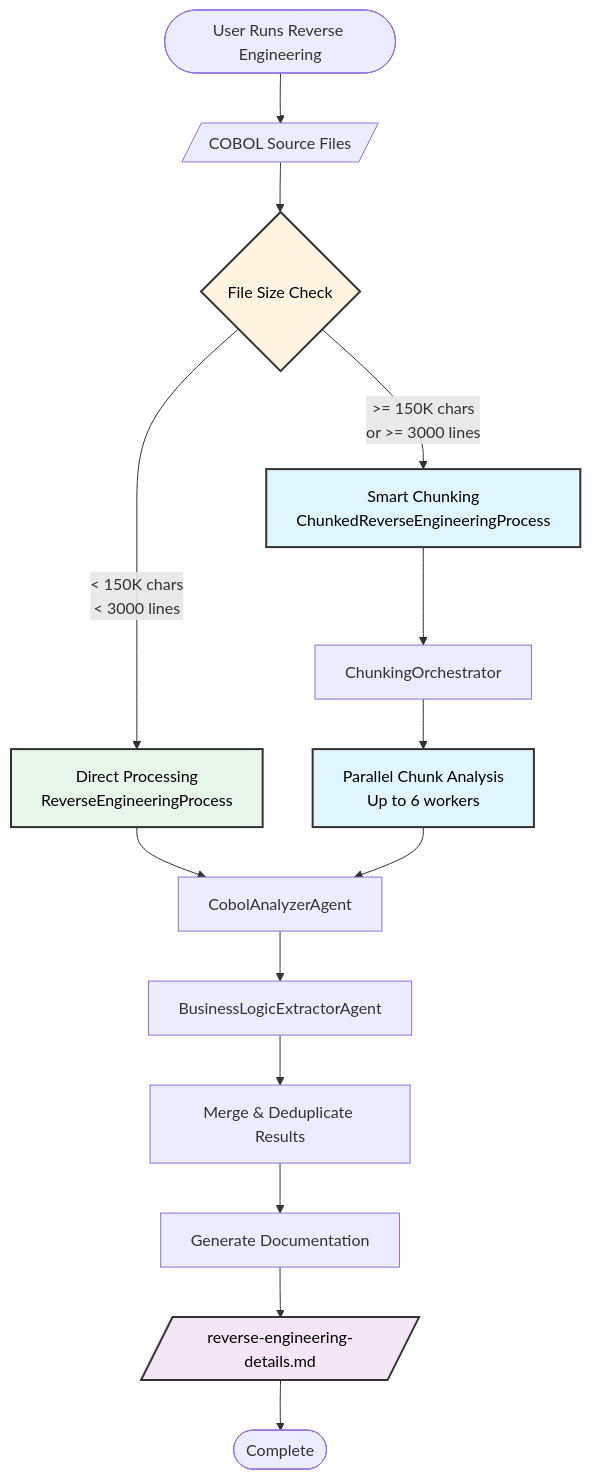
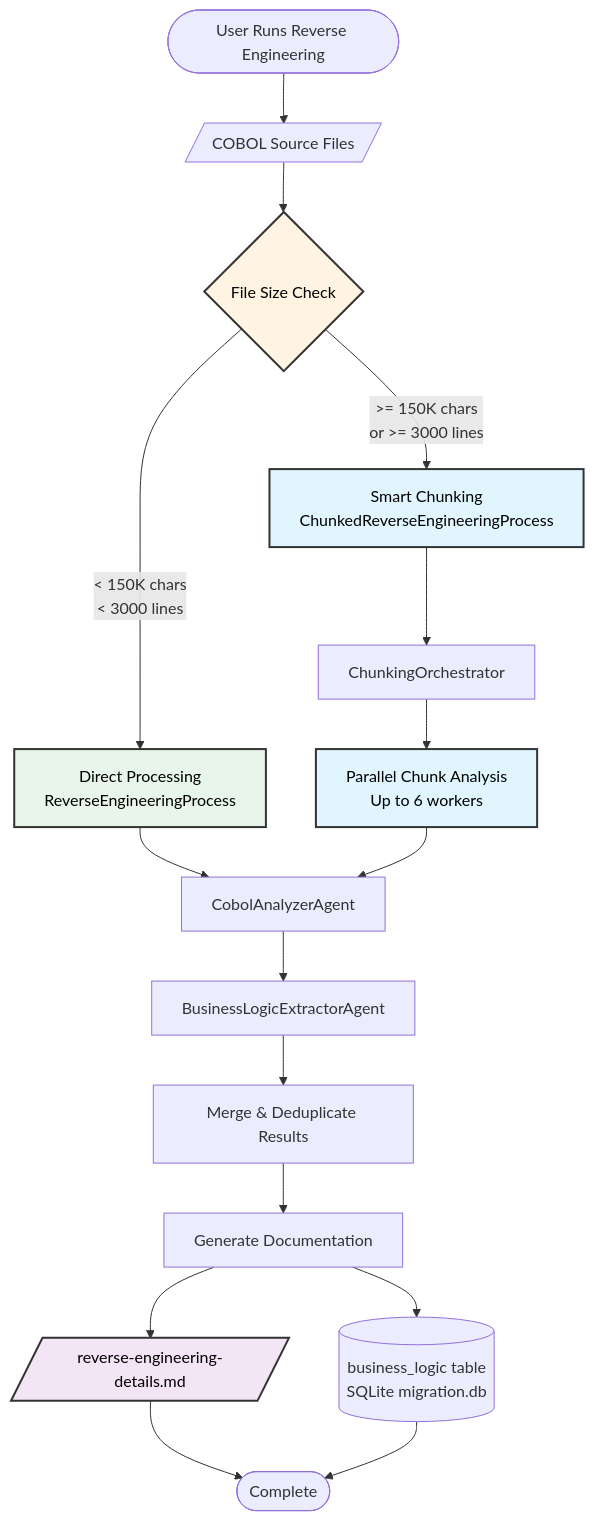
Before and after one commit to Azure-Samples/Legacy-Modernization-Agents: the first of 7 diagrams in docs/REVERSE_ENGINEERING_ARCHITECTURE.md, drawn with Mermaid. The commit also changed other lines of this file and 19 other files, not shown here.

First line of the commit message:
feat: Enhance reverse engineering process with dependency mapping and business logic persistence

````diff
--- a/docs/REVERSE_ENGINEERING_ARCHITECTURE.md
+++ b/docs/REVERSE_ENGINEERING_ARCHITECTURE.md
@@ -31,27 +31,29 @@
 ```mermaid
 flowchart TB
     Start([User Runs Reverse Engineering]) --> Input[/COBOL Source Files/]
     Input --> SizeCheck{File Size Check}
     
     SizeCheck -->|"< 150K chars<br/>< 3000 lines"| Direct[Direct Processing<br/>ReverseEngineeringProcess]
     SizeCheck -->|">= 150K chars<br/>or >= 3000 lines"| Chunked[Smart Chunking<br/>ChunkedReverseEngineeringProcess]
     
     Direct --> Step1[CobolAnalyzerAgent]
     Chunked --> Chunk[ChunkingOrchestrator]
     Chunk --> ParallelAnalysis[Parallel Chunk Analysis<br/>Up to 6 workers]
     ParallelAnalysis --> Step1
     
     Step1 --> Step2[BusinessLogicExtractorAgent]
     Step2 --> Merge[Merge & Deduplicate Results]
     Merge --> Generate[Generate Documentation]
     
     Generate --> Output1[/reverse-engineering-details.md/]
+    Generate --> Output2[(business_logic table<br/>SQLite migration.db)]
     
     Output1 --> End([Complete])
+    Output2 --> End
     
     style SizeCheck fill:#fff4e1,stroke:#333,stroke-width:2px,color:#000
     style Chunked fill:#e1f5ff,stroke:#333,stroke-width:2px,color:#000
     style Direct fill:#e8f5e9,stroke:#333,stroke-width:2px,color:#000
     style ParallelAnalysis fill:#e1f5ff,stroke:#333,stroke-width:2px,color:#000
     style Output1 fill:#f3e5f5,stroke:#333,stroke-width:2px,color:#000
 ```
````
